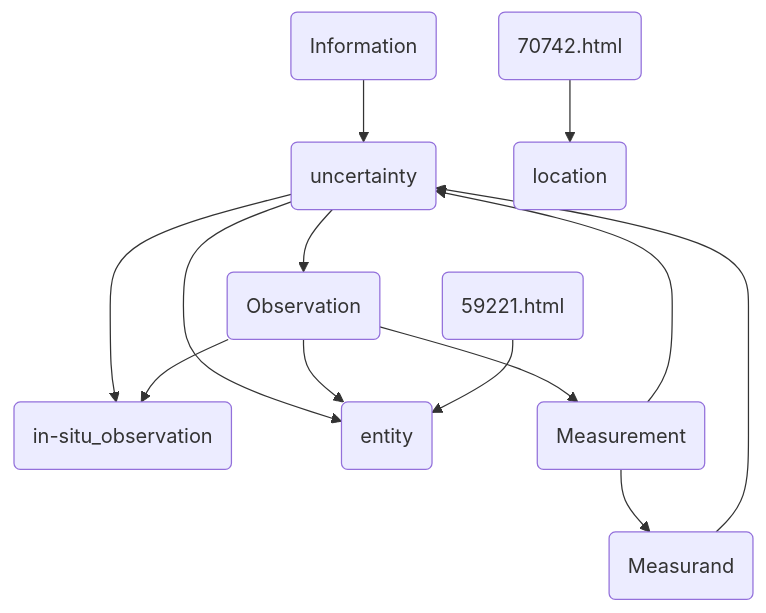
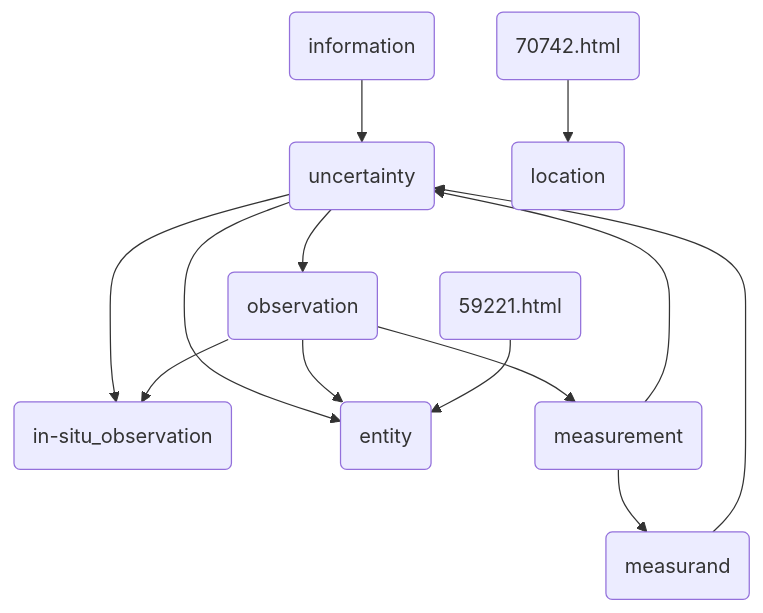
The diagram in docs/mermaid.md (do-me/kceo_glossary), drawn with Mermaid before and after one commit. The commit also changed 9 other files, not shown here.

````diff
--- a/docs/mermaid.md
+++ b/docs/mermaid.md
@@ -1,15 +1,15 @@
 ```mermaid
 flowchart TD;
-    id_uncertainty(Uncertainty) --> id_observation(observation);
-    id_uncertainty(Uncertainty) --> id_in-situ_observation(in-situ_observation);
-    id_uncertainty(Uncertainty) --> id_entity(entity);
-    id_observation(Observation) --> id_measurement(measurement);
-    id_observation(Observation) --> id_in-situ_observation(in-situ_observation);
-    id_observation(Observation) --> id_entity(entity);
+    id_uncertainty(uncertainty) --> id_in-situ_observation(in-situ_observation);
+    id_uncertainty(uncertainty) --> id_entity(entity);
+    id_uncertainty(uncertainty) --> id_observation(observation);
+    id_observation(observation) --> id_in-situ_observation(in-situ_observation);
+    id_observation(observation) --> id_entity(entity);
+    id_observation(observation) --> id_measurement(measurement);
     id_59221.html(59221.html) --> id_entity(entity);
     id_70742.html(70742.html) --> id_location(location);
-    id_measurement(Measurement) --> id_measurand(measurand);
-    id_measurement(Measurement) --> id_uncertainty(uncertainty);
-    id_measurand(Measurand) --> id_uncertainty(uncertainty);
-    id_information(Information) --> id_uncertainty(uncertainty);
+    id_measurement(measurement) --> id_measurand(measurand);
+    id_measurement(measurement) --> id_uncertainty(uncertainty);
+    id_measurand(measurand) --> id_uncertainty(uncertainty);
+    id_information(information) --> id_uncertainty(uncertainty);
 ```
````
